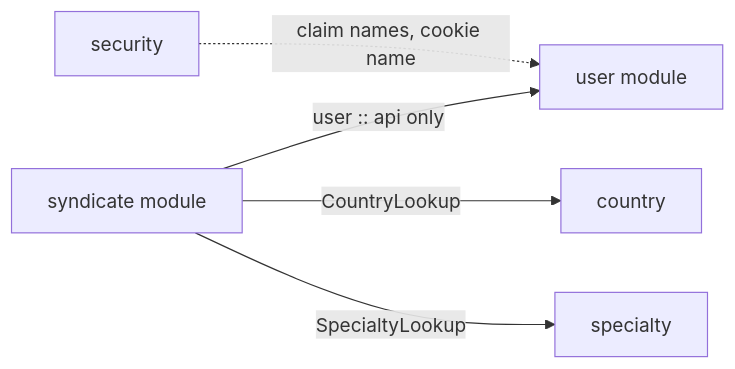
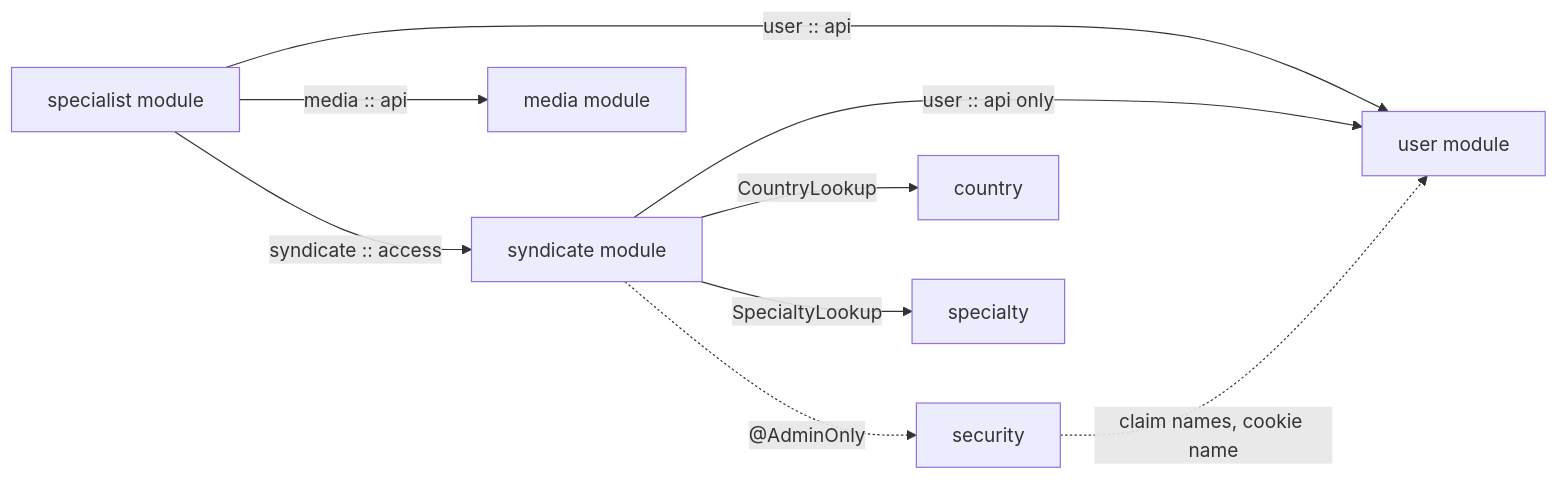
One commit to nemouw-platform/nemouw changed the first of 2 diagrams in docs/backend/architecture/README.md. Above: the diagram before and after it, drawn with Mermaid. The commit also changed other lines of this file and 5 other files, not shown here.

````diff
--- a/docs/backend/architecture/README.md
+++ b/docs/backend/architecture/README.md
@@ -41,7 +56,11 @@
 ```mermaid
 graph LR
     S[syndicate module] -->|"user :: api only"| U[user module]
+    SP[specialist module] -->|"user :: api"| U
+    SP -->|"media :: api"| M[media module]
+    SP -->|"syndicate :: access"| S
     S -->|CountryLookup| C[country]
     S -->|SpecialtyLookup| P[specialty]
     SEC[security] -.->|claim names, cookie name| U
+    S -.->|"@AdminOnly"| SEC
 ```
````
